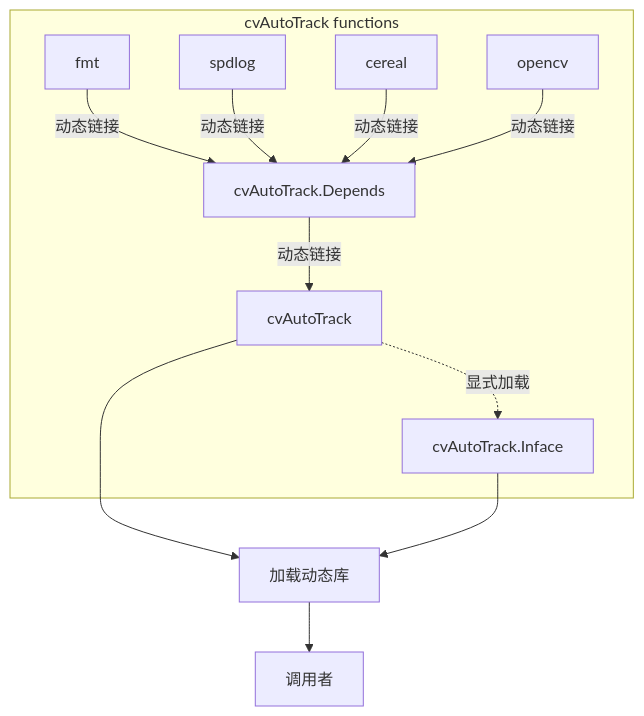
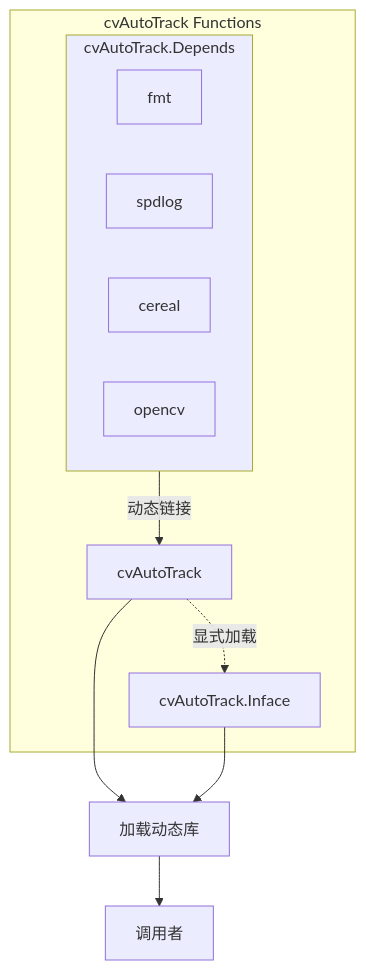
Before and after one commit to GengGode/cvAutoTrack.Inface: the diagram in README.md, drawn with Mermaid. The commit also changed 6 other files, not shown here.

````diff
--- a/README.md
+++ b/README.md
@@ -4,14 +4,18 @@
 ```mermaid
 flowchart TD
-    subgraph cvAutoTrack functions
+    subgraph cvAutoTrack Functions
+        subgraph cvAutoTrack.Depends
+            fmt[fmt]
+            spdlog[spdlog]
+            cereal[cereal]
+            opencv[opencv]
+        end    
+        cvAutoTrack.Depends -->| 动态链接 | Base
         Base[cvAutoTrack] -.->| 显式加载 | Inface[cvAutoTrack.Inface]
-        Deps[cvAutoTrack.Depends] -->| 动态链接 | Base
-        fmt -->| 动态链接 | Deps
-        spdlog -->| 动态链接 | Deps
-        cereal -->| 动态链接 | Deps
-        opencv -->| 动态链接 | Deps
+        classDef color fill:#ececff;
+        class cvAutoTrack.Depends color
     end
     Base -->   load[加载动态库]
     Inface --> load[加载动态库]
     load --> world[调用者]
 ```
````
